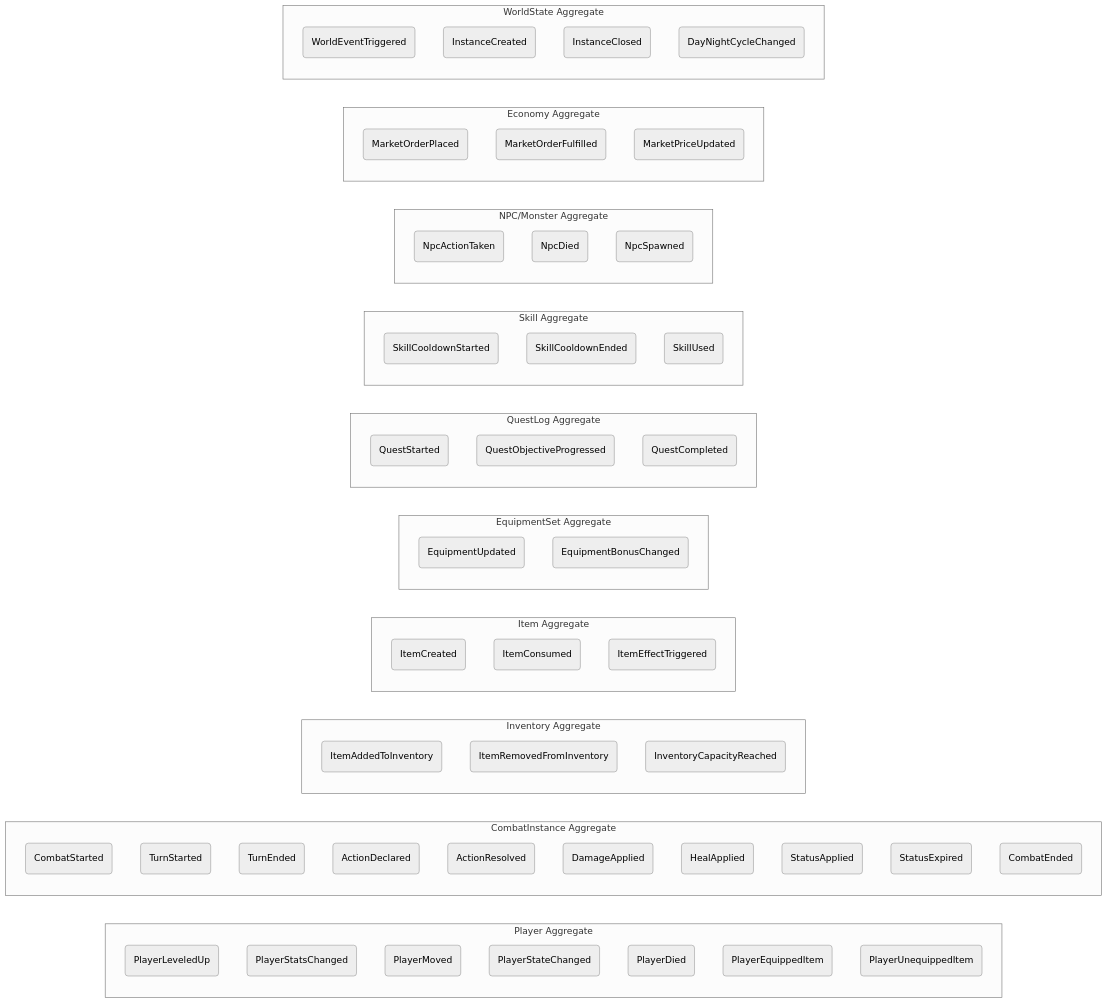
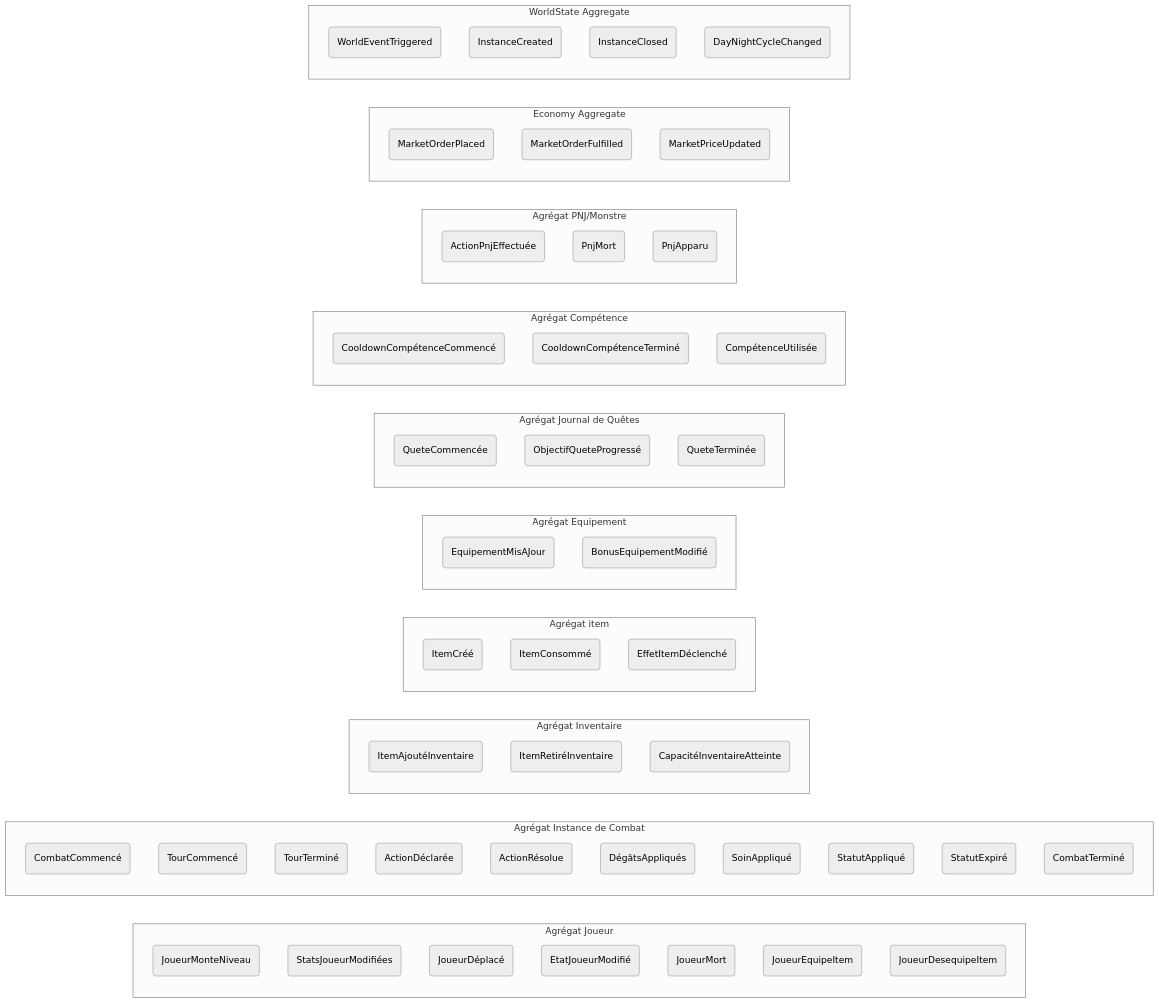
One commit to Gaetan1303/Aether-Engine changed the diagram in doc/event matrix.md. Above: the diagram before and after it, drawn with Mermaid (neutral theme). The commit also changed other lines of this file and 12 other files, not shown here.

````diff
--- a/doc/event matrix.md
+++ b/doc/event matrix.md
@@ -1,74 +6,75 @@
 ```mermaid
 flowchart LR
 
-    subgraph Player[Player Aggregate]
-        PE1(PlayerLeveledUp)
-        PE2(PlayerStatsChanged)
-        PE3(PlayerMoved)
-        PE4(PlayerStateChanged)
-        PE5(PlayerDied)
-        PE6(PlayerEquippedItem)
-        PE7(PlayerUnequippedItem)
+
+    subgraph Joueur[Agrégat Joueur]
+        PE1(JoueurMonteNiveau)
+        PE2(StatsJoueurModifiées)
+        PE3(JoueurDéplacé)
+        PE4(EtatJoueurModifié)
+        PE5(JoueurMort)
+        PE6(JoueurEquipeItem)
+        PE7(JoueurDesequipeItem)
     end
 
-    subgraph Combat[CombatInstance Aggregate]
-        CE1(CombatStarted)
-        CE2(TurnStarted)
-        CE3(TurnEnded)
-        CE4(ActionDeclared)
-        CE5(ActionResolved)
-        CE6(DamageApplied)
-        CE7(HealApplied)
-        CE8(StatusApplied)
-        CE9(StatusExpired)
-        CE10(CombatEnded)
+    subgraph Combat[Agrégat Instance de Combat]
+        CE1(CombatCommencé)
+        CE2(TourCommencé)
+        CE3(TourTerminé)
+        CE4(ActionDéclarée)
+        CE5(ActionRésolue)
+        CE6(DégâtsAppliqués)
+        CE7(SoinAppliqué)
+        CE8(StatutAppliqué)
+        CE9(StatutExpiré)
+        CE10(CombatTerminé)
     end
 
-    subgraph Inventory[Inventory Aggregate]
-        IE1(ItemAddedToInventory)
-        IE2(ItemRemovedFromInventory)
-        IE3(InventoryCapacityReached)
+    subgraph Inventaire[Agrégat Inventaire]
+        IE1(ItemAjoutéInventaire)
+        IE2(ItemRetiréInventaire)
+        IE3(CapacitéInventaireAtteinte)
     end
 
-    subgraph Item[Item Aggregate]
-        IT1(ItemCreated)
-        IT2(ItemConsumed)
-        IT3(ItemEffectTriggered)
+    subgraph item[Agrégat item]
+        IT1(ItemCréé)
+        IT2(ItemConsommé)
+        IT3(EffetItemDéclenché)
     end
 
-    subgraph Equipment[EquipmentSet Aggregate]
-        EQ1(EquipmentUpdated)
-        EQ2(EquipmentBonusChanged)
+    subgraph Equipement[Agrégat Equipement]
+        EQ1(EquipementMisAJour)
+        EQ2(BonusEquipementModifié)
     end
 
-    subgraph Quest[QuestLog Aggregate]
-        QE1(QuestStarted)
-        QE2(QuestObjectiveProgressed)
-        QE3(QuestCompleted)
+    subgraph Quete[Agrégat Journal de Quêtes]
+        QE1(QueteCommencée)
+        QE2(ObjectifQueteProgressé)
+        QE3(QueteTerminée)
     end
 
-    subgraph Skill[Skill Aggregate]
-        SK1(SkillCooldownStarted)
-        SK2(SkillCooldownEnded)
-        SK3(SkillUsed)
+    subgraph Compétence[Agrégat Compétence]
+        SK1(CooldownCompétenceCommencé)
+        SK2(CooldownCompétenceTerminé)
+        SK3(CompétenceUtilisée)
     end
 
-    subgraph NPC[NPC/Monster Aggregate]
-        NE1(NpcActionTaken)
-        NE2(NpcDied)
-        NE3(NpcSpawned)
+    subgraph PNJ[Agrégat PNJ/Monstre]
+        NE1(ActionPnjEffectuée)
+        NE2(PnjMort)
+        NE3(PnjApparu)
     end
 
     subgraph Economy[Economy Aggregate]
         EC1(MarketOrderPlaced)
         EC2(MarketOrderFulfilled)
         EC3(MarketPriceUpdated)
     end
 
     subgraph World[WorldState Aggregate]
         WS1(WorldEventTriggered)
         WS2(InstanceCreated)
         WS3(InstanceClosed)
         WS4(DayNightCycleChanged)
     end
 ```
````
